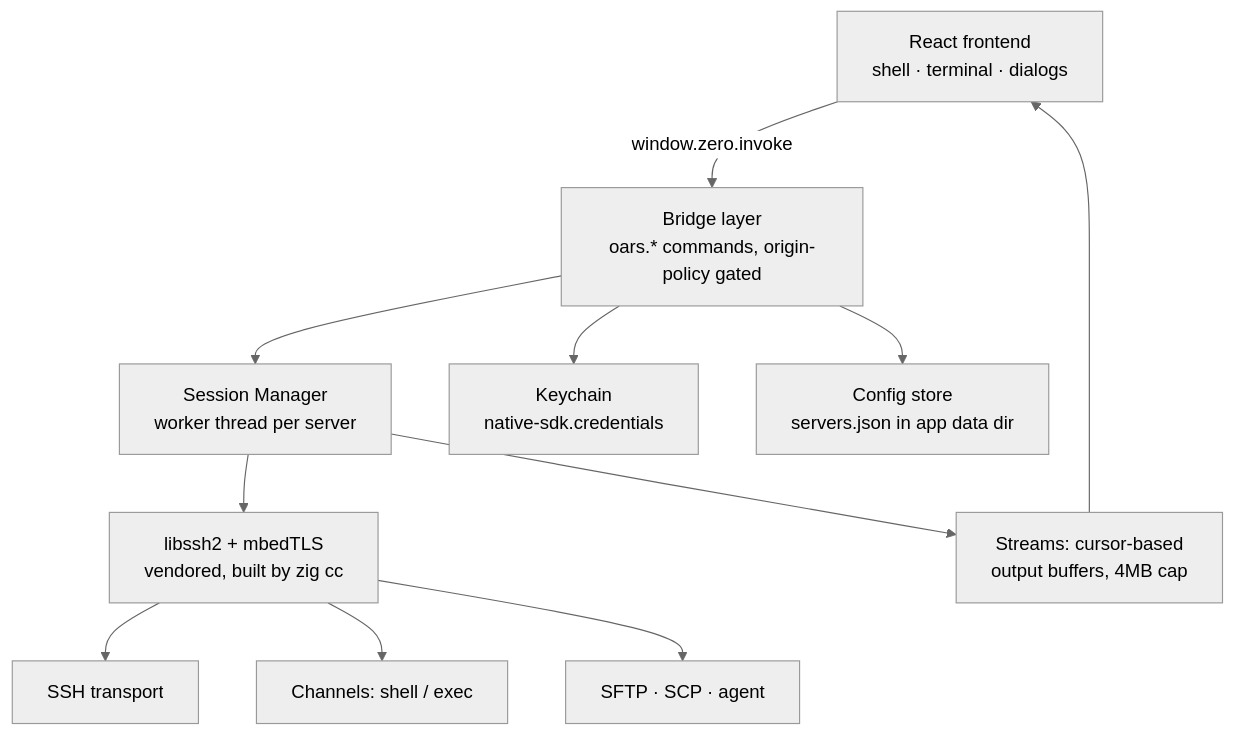
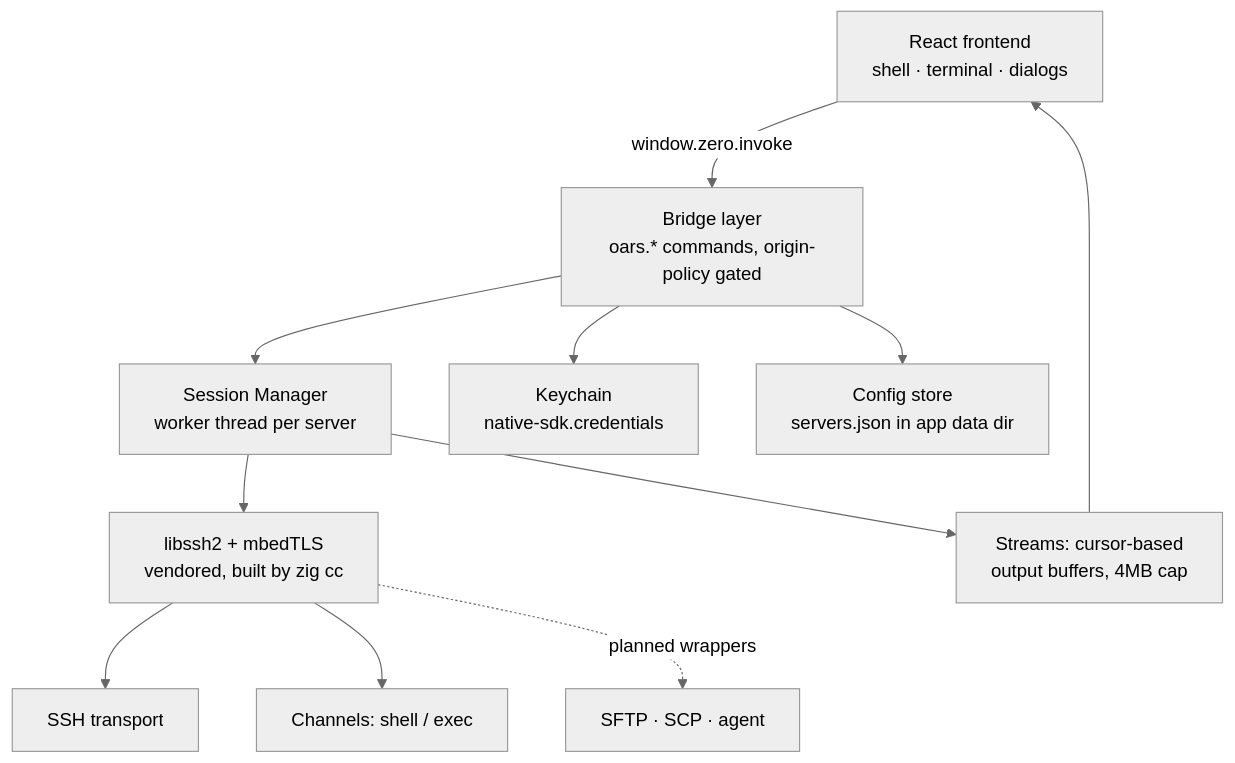
One commit to onyedikachi-david/oars changed the second of 2 diagrams in docs/ROADMAP.md. Above: the diagram before and after it, drawn with Mermaid (neutral theme). The commit also changed other lines of this file and 24 other files, not shown here.

First line of the commit message:
docs: Update roadmap and specs to reflect verified 2026-08-03 snapshot

````diff
--- a/docs/ROADMAP.md
+++ b/docs/ROADMAP.md
@@ -183,13 +237,13 @@
 ```mermaid
 graph TD
     A[React frontend<br/>shell · terminal · dialogs] -->|window.zero.invoke| B[Bridge layer<br/>oars.* commands, origin-policy gated]
     B --> C[Session Manager<br/>worker thread per server]
     C --> D[libssh2 + mbedTLS<br/>vendored, built by zig cc]
     D --> E1[SSH transport]
     D --> E2[Channels: shell / exec]
-    D --> E3[SFTP · SCP · agent]
+    D -. planned wrappers .-> E3[SFTP · SCP · agent]
     B --> F[Keychain<br/>native-sdk.credentials]
     B --> G[Config store<br/>servers.json in app data dir]
     C --> H[Streams: cursor-based<br/>output buffers, 4MB cap]
     H --> A
 ```
````
